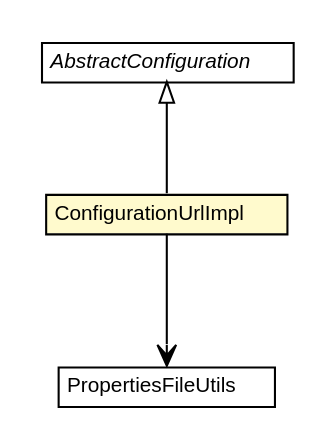
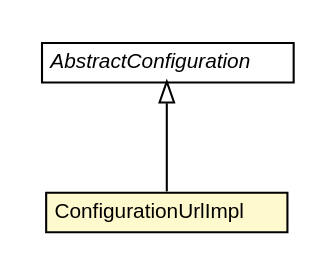
The diagram in dddlib-configuration/apidocs/org/dayatang/configuration/impl/ConfigurationUrlImpl.dot (dayatang/dddlib), drawn with Graphviz before and after one commit. The commit also changed 195 other files, not shown here.

```diff
--- a/dddlib-configuration/apidocs/org/dayatang/configuration/impl/ConfigurationUrlImpl.dot
+++ b/dddlib-configuration/apidocs/org/dayatang/configuration/impl/ConfigurationUrlImpl.dot
@@ -1,34 +1,26 @@
 #!/usr/local/bin/dot
 #
 # Class diagram 
 # Generated by UMLGraph version R5_6_6-8-g8d7759 (http://www.umlgraph.org/)
 #
 
 digraph G {
 	edge [fontname="Helvetica",fontsize=10,labelfontname="Helvetica",labelfontsize=10];
 	node [fontname="Helvetica",fontsize=10,shape=plaintext];
 	nodesep=0.25;
 	ranksep=0.5;
-	// org.dayatang.configuration.impl.PropertiesFileUtils
-	c162 [label=<<table title="org.dayatang.configuration.impl.PropertiesFileUtils" border="0" cellborder="1" cellspacing="0" cellpadding="2" port="p" href="./PropertiesFileUtils.html">
-		<tr><td><table border="0" cellspacing="0" cellpadding="1">
-<tr><td align="center" balign="center"> PropertiesFileUtils </td></tr>
-		</table></td></tr>
-		</table>>, URL="./PropertiesFileUtils.html", fontname="Helvetica", fontcolor="black", fontsize=10.0];
 	// org.dayatang.configuration.impl.ConfigurationUrlImpl
-	c163 [label=<<table title="org.dayatang.configuration.impl.ConfigurationUrlImpl" border="0" cellborder="1" cellspacing="0" cellpadding="2" port="p" bgcolor="lemonChiffon" href="./ConfigurationUrlImpl.html">
+	c153 [label=<<table title="org.dayatang.configuration.impl.ConfigurationUrlImpl" border="0" cellborder="1" cellspacing="0" cellpadding="2" port="p" bgcolor="lemonChiffon" href="./ConfigurationUrlImpl.html">
 		<tr><td><table border="0" cellspacing="0" cellpadding="1">
 <tr><td align="center" balign="center"> ConfigurationUrlImpl </td></tr>
 		</table></td></tr>
 		</table>>, URL="./ConfigurationUrlImpl.html", fontname="Helvetica", fontcolor="black", fontsize=10.0];
 	// org.dayatang.configuration.impl.AbstractConfiguration
-	c168 [label=<<table title="org.dayatang.configuration.impl.AbstractConfiguration" border="0" cellborder="1" cellspacing="0" cellpadding="2" port="p" href="./AbstractConfiguration.html">
+	c158 [label=<<table title="org.dayatang.configuration.impl.AbstractConfiguration" border="0" cellborder="1" cellspacing="0" cellpadding="2" port="p" href="./AbstractConfiguration.html">
 		<tr><td><table border="0" cellspacing="0" cellpadding="1">
 <tr><td align="center" balign="center"><font face="Helvetica-Oblique"> AbstractConfiguration </font></td></tr>
 		</table></td></tr>
 		</table>>, URL="./AbstractConfiguration.html", fontname="Helvetica", fontcolor="black", fontsize=10.0];
 	//org.dayatang.configuration.impl.ConfigurationUrlImpl extends org.dayatang.configuration.impl.AbstractConfiguration
-	c168:p -> c163:p [dir=back,arrowtail=empty];
-	// org.dayatang.configuration.impl.ConfigurationUrlImpl NAVASSOC org.dayatang.configuration.impl.PropertiesFileUtils
-	c163:p -> c162:p [taillabel="", label=" "headlabel="", fontname="Helvetica", fontcolor="black", fontsize=10.0, color="black", arrowhead=open];
+	c158:p -> c153:p [dir=back,arrowtail=empty];
 }
```
